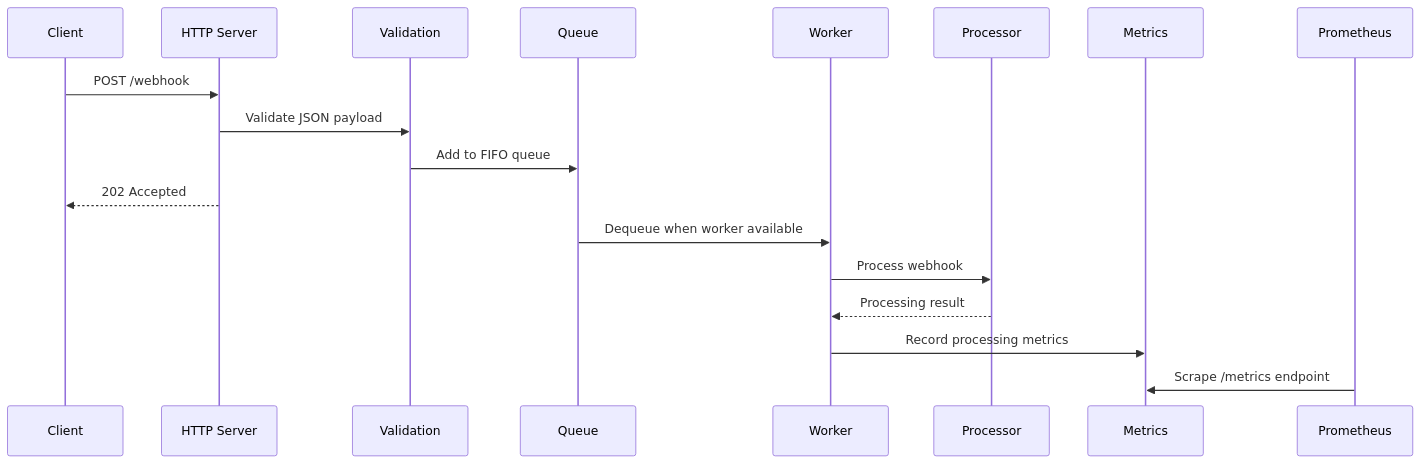
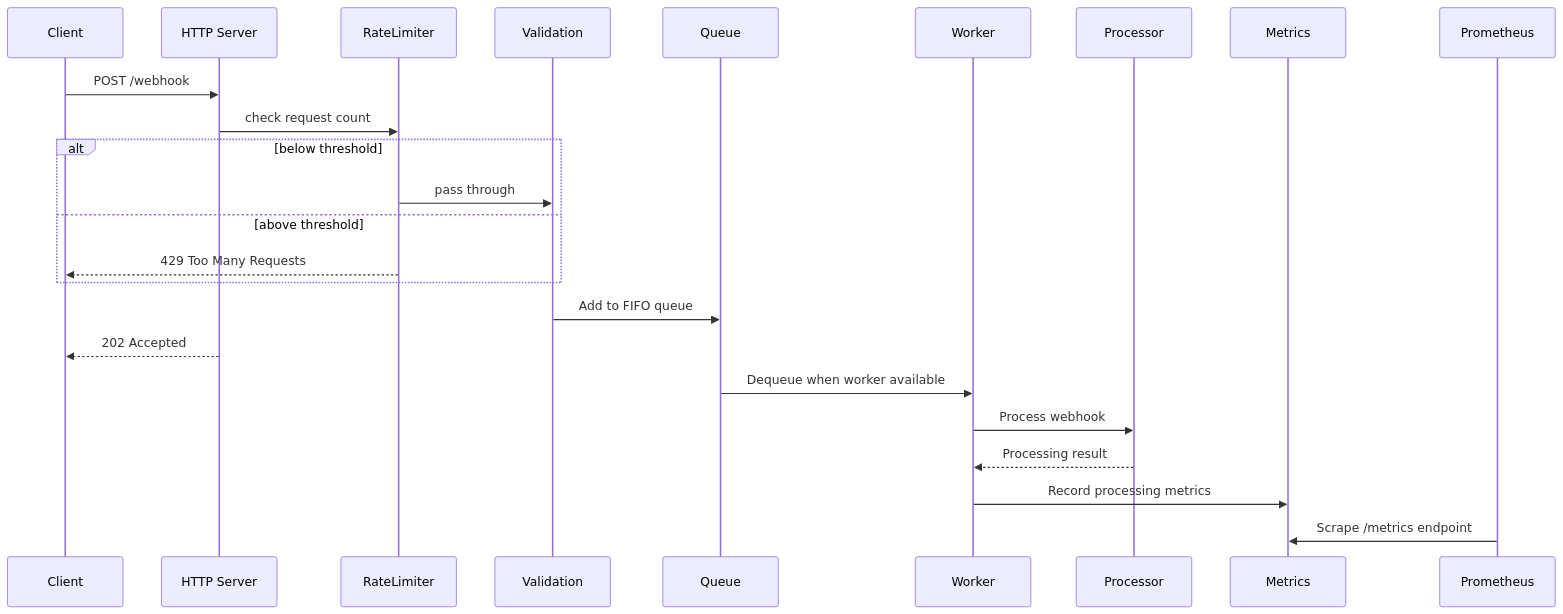
The diagram in README.md (SamMintah/webhook_processor), drawn with Mermaid before and after one commit. The commit also changed other lines of this file and 28 other files, not shown here.

````diff
--- a/README.md
+++ b/README.md
@@ -28,21 +29,27 @@
 ```mermaid
 sequenceDiagram
     participant Client
     participant Server as HTTP Server
+    participant RateLimiter
     participant Validation
     participant Queue
     participant Worker
     participant Processor
     participant Metrics
     participant Prometheus
     
     Client->>Server: POST /webhook
-    Server->>Validation: Validate JSON payload
+    Server->>RateLimiter: check request count
+    alt below threshold
+        RateLimiter->>Validation: pass through
+    else above threshold
+        RateLimiter-->>Client: 429 Too Many Requests
+    end
     Validation->>Queue: Add to FIFO queue
     Server-->>Client: 202 Accepted
     Queue->>Worker: Dequeue when worker available
     Worker->>Processor: Process webhook
     Processor-->>Worker: Processing result
     Worker->>Metrics: Record processing metrics
     Prometheus->>Metrics: Scrape /metrics endpoint
 ```
````
